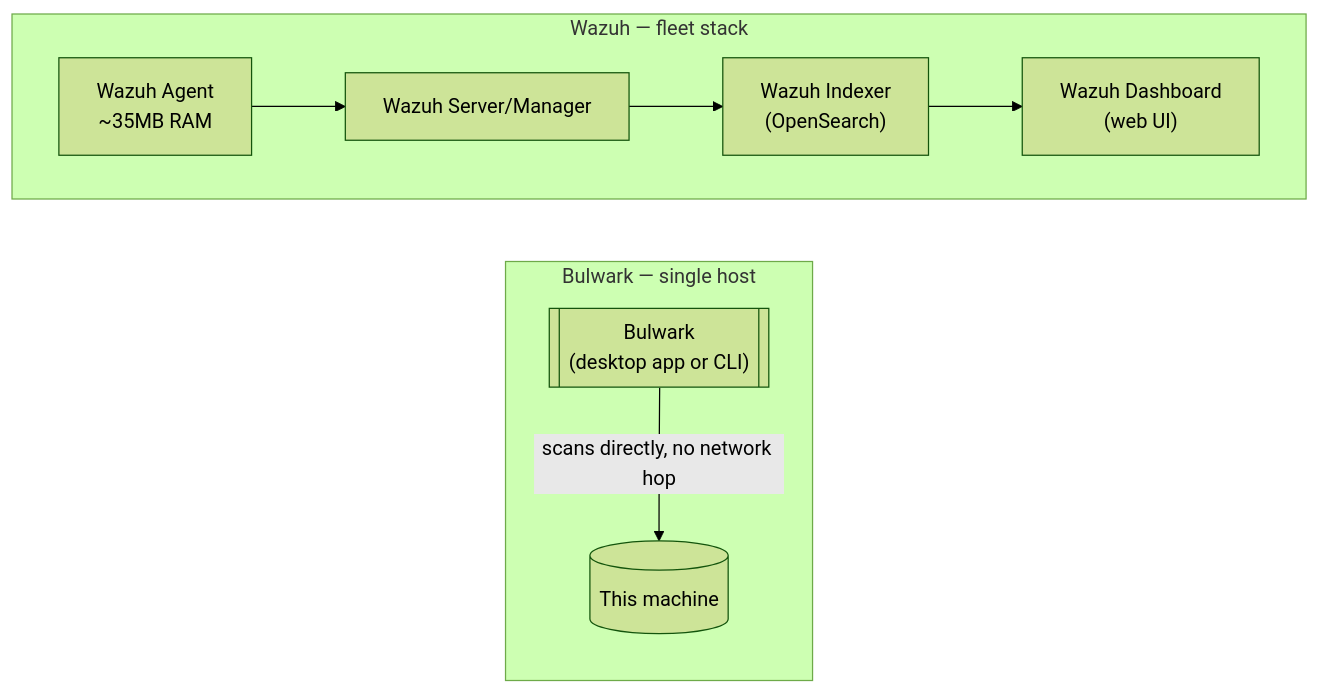
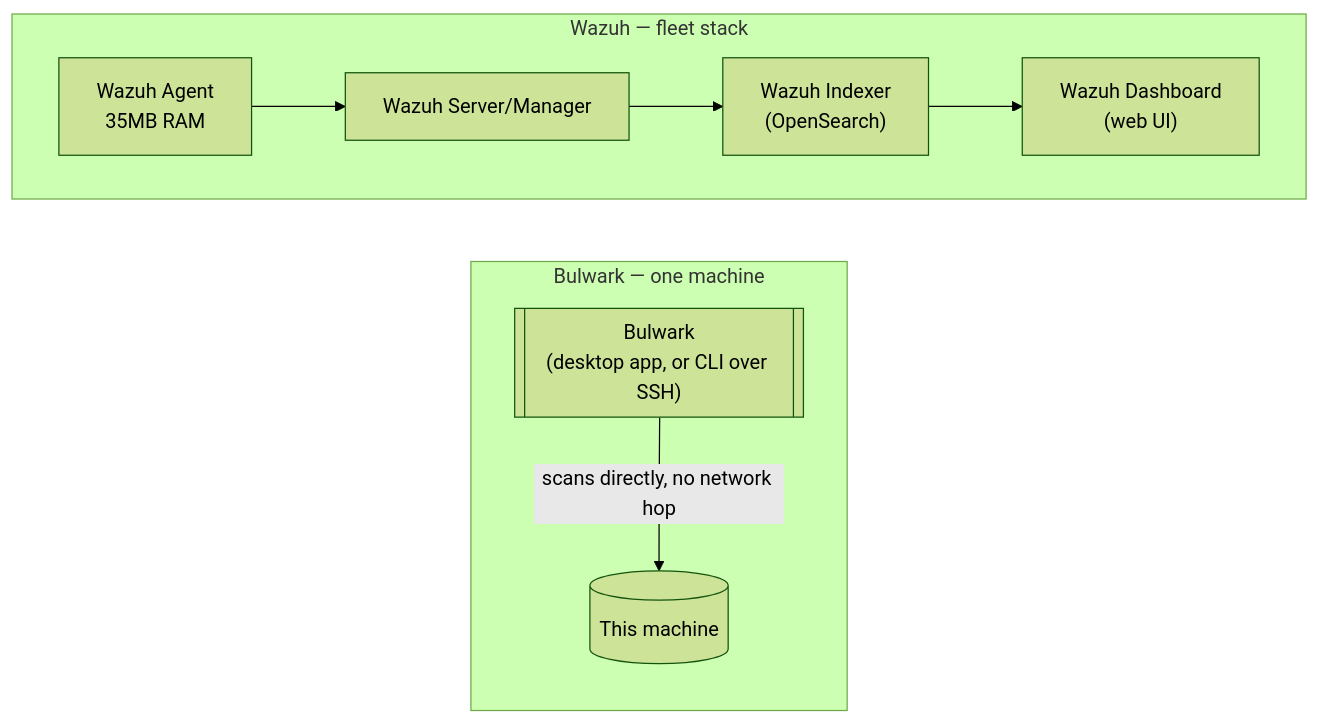
Before and after one commit to vietanhdev/bulwark: the diagram in docs/articles/bulwark-vs-wazuh.md, drawn with Mermaid (forest theme). The commit also changed other lines of this file and 25 other files, not shown here.

````diff
--- a/docs/articles/bulwark-vs-wazuh.md
+++ b/docs/articles/bulwark-vs-wazuh.md
@@ -90,14 +106,14 @@
 ```mermaid
 flowchart LR
-    subgraph BULWARK["Bulwark — single host"]
-        B[["Bulwark\n(desktop app or CLI)"]]
+    subgraph BULWARK["Bulwark — one machine"]
+        B[["Bulwark\n(desktop app, or CLI over SSH)"]]
         B -->|"scans directly, no network hop"| H1[("This machine")]
     end
 
     subgraph WAZUH["Wazuh — fleet stack"]
         direction LR
-        WA["Wazuh Agent\n~35MB RAM"] --> S["Wazuh Server/Manager"]
+        WA["Wazuh Agent\n35MB RAM"] --> S["Wazuh Server/Manager"]
         S --> I["Wazuh Indexer\n(OpenSearch)"]
         I --> D["Wazuh Dashboard\n(web UI)"]
     end
 ```
````
